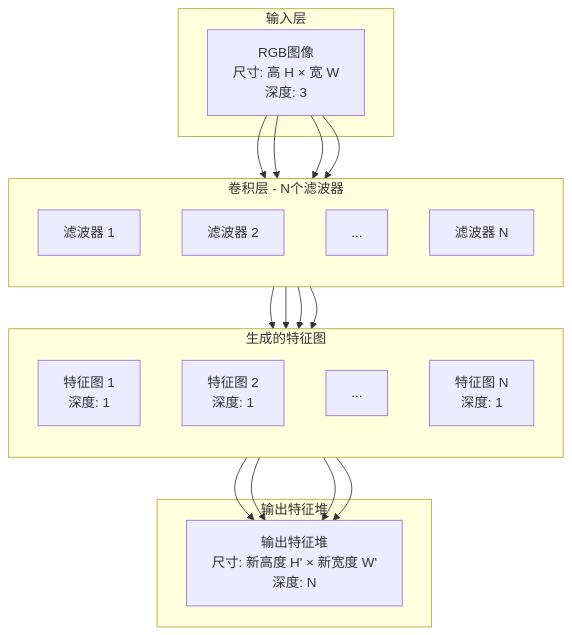
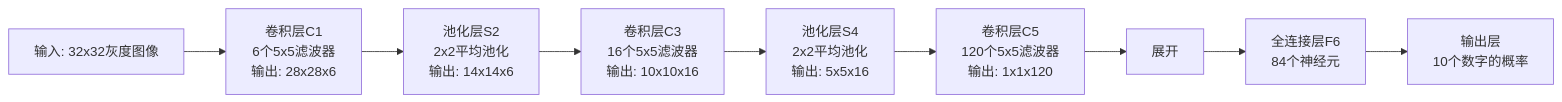
The fifth of 10 diagrams in docs/AI/2.深度学习/4.卷积神经网络/index.md (Kgumo/Note), drawn with Mermaid before and after one commit. The commit also changed other lines of this file and 60 other files, not shown here.

````diff
--- a/docs/AI/2.深度学习/4.卷积神经网络/index.md
+++ b/docs/AI/2.深度学习/4.卷积神经网络/index.md
@@ -288,41 +581,11 @@
 ```mermaid
-flowchart TD
-subgraph Input[输入层]
-    A[RGB图像<br>尺寸: 高 H × 宽 W<br>深度: 3]
-end
-
-subgraph ConvLayer[卷积层 - N个滤波器]
-    direction TB
-    B[滤波器 1] 
-    C[滤波器 2]
-    X[...]
-    D[滤波器 N]
-end
-
-subgraph FeatureMaps[生成的特征图]
-    direction TB
-    F1[特征图 1<br>深度: 1]
-    F2[特征图 2<br>深度: 1]
-    X2[...]
-    FN[特征图 N<br>深度: 1]
-end
-
-subgraph Output[输出特征堆]
-    H[输出特征堆<br>尺寸: 新高度 H' × 新宽度 W'<br>深度: N]
-end
-
-A --> B
-A --> C
-A --> X
-A --> D
-
-B --> F1
-C --> F2
-X --> X2
-D --> FN
-
-F1 --> H
-F2 --> H
-X2 --> H
-FN --> H
+graph LR
+A[输入: 32x32灰度图像] --> B[卷积层C1<br>6个5x5滤波器<br>输出: 28x28x6]
+B --> C[池化层S2<br>2x2平均池化<br>输出: 14x14x6]
+C --> D[卷积层C3<br>16个5x5滤波器<br>输出: 10x10x16]
+D --> E[池化层S4<br>2x2平均池化<br>输出: 5x5x16]
+E --> F[卷积层C5<br>120个5x5滤波器<br>输出: 1x1x120]
+F --> G[展开]
+G --> H[全连接层F6<br>84个神经元]
+H --> I[输出层<br>10个数字的概率]
 ```
````
